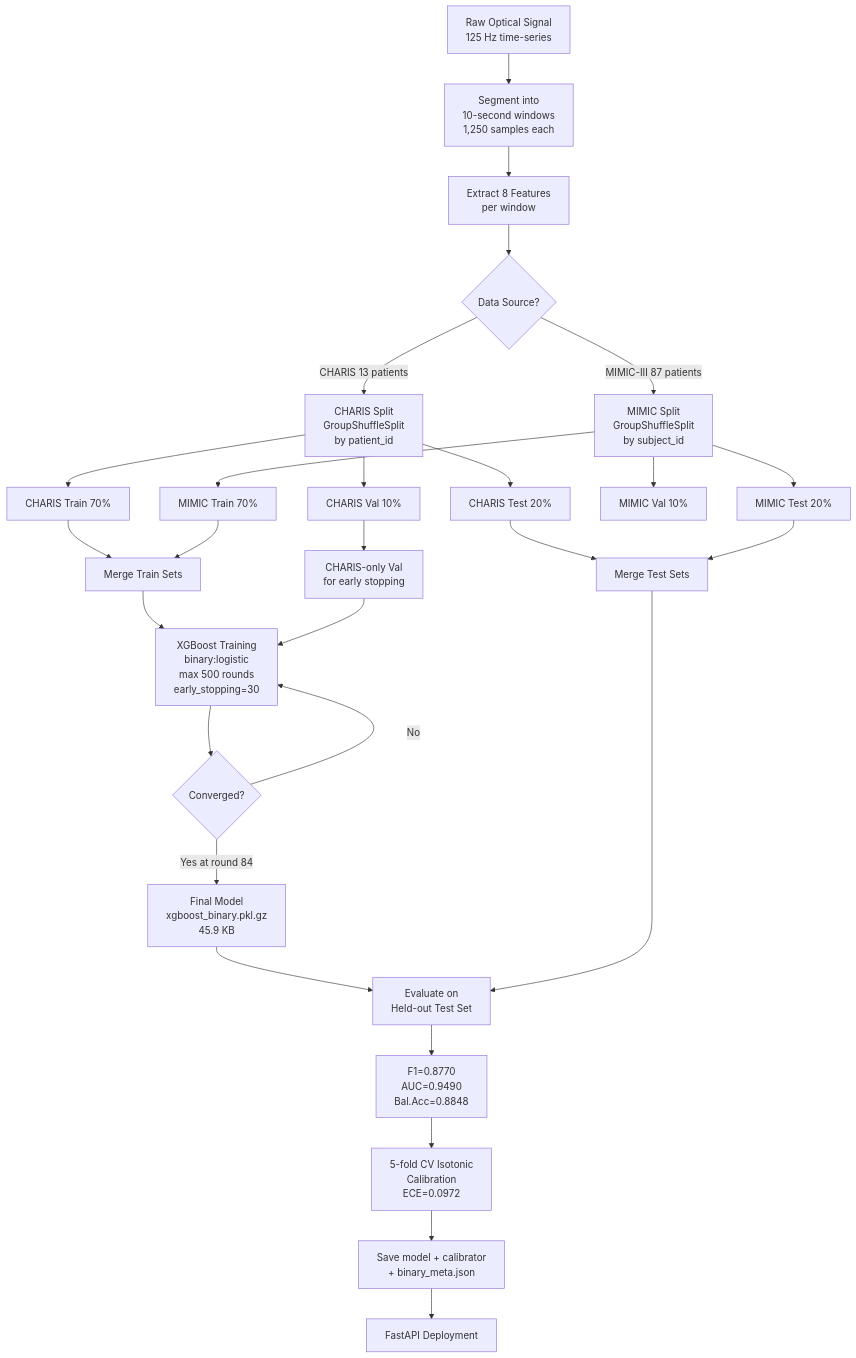
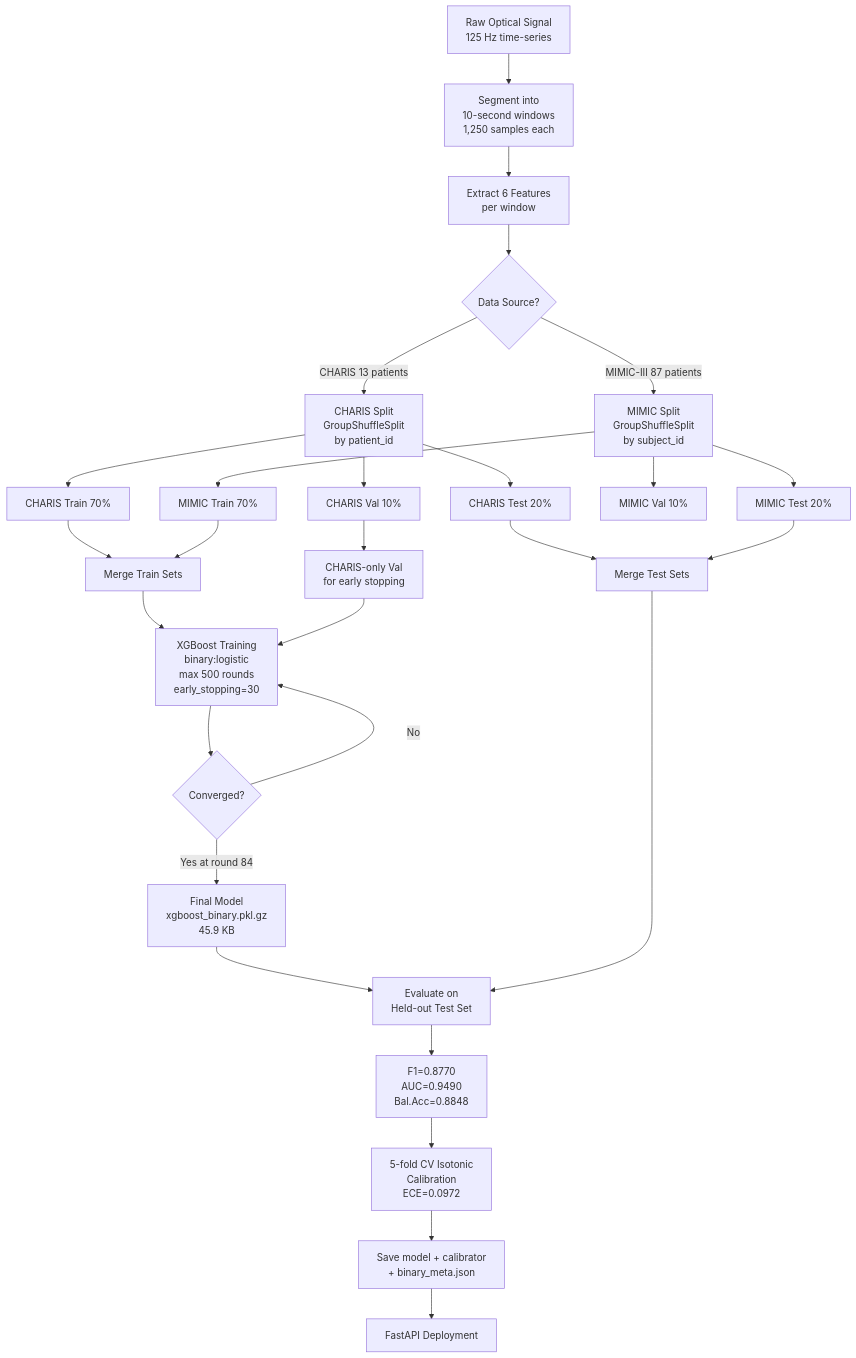
The first of 2 diagrams in README.md (eshaansingla/Pran), drawn with Mermaid before and after one commit. The commit also changed other lines of this file and 4 other files, not shown here.

````diff
--- a/README.md
+++ b/README.md
@@ -122,30 +122,30 @@
 ```mermaid
 flowchart TD
     A[Raw Optical Signal\n125 Hz time-series] --> B[Segment into\n10-second windows\n1,250 samples each]
-    B --> C[Extract 8 Features\nper window]
+    B --> C[Extract 6 Features\nper window]
     C --> D{Data Source?}
     D -->|CHARIS 13 patients| E[CHARIS Split\nGroupShuffleSplit\nby patient_id]
     D -->|MIMIC-III 87 patients| F[MIMIC Split\nGroupShuffleSplit\nby subject_id]
     E --> G[CHARIS Train 70%]
     E --> H[CHARIS Val 10%]
     E --> I[CHARIS Test 20%]
     F --> J[MIMIC Train 70%]
     F --> K[MIMIC Val 10%]
     F --> L[MIMIC Test 20%]
     G --> M[Merge Train Sets]
     H --> N[CHARIS-only Val\nfor early stopping]
     J --> M
     I --> O[Merge Test Sets]
     L --> O
     M --> P[XGBoost Training\nbinary:logistic\nmax 500 rounds\nearly_stopping=30]
     N --> P
     P --> Q{Converged?}
     Q -->|No| P
     Q -->|Yes at round 84| R[Final Model\nxgboost_binary.pkl.gz\n45.9 KB]
     R --> S[Evaluate on\nHeld-out Test Set]
     O --> S
     S --> T[F1=0.8770\nAUC=0.9490\nBal.Acc=0.8848]
     T --> CAL[5-fold CV Isotonic\nCalibration\nECE=0.0972]
     CAL --> U[Save model + calibrator\n+ binary_meta.json]
     U --> V[FastAPI Deployment]
 ```
````
